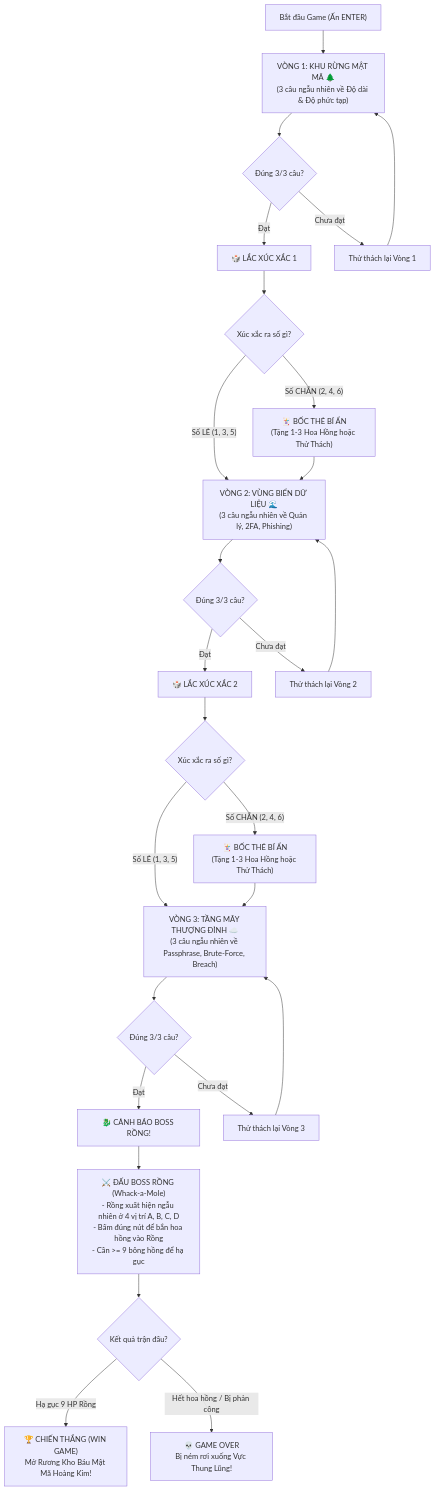
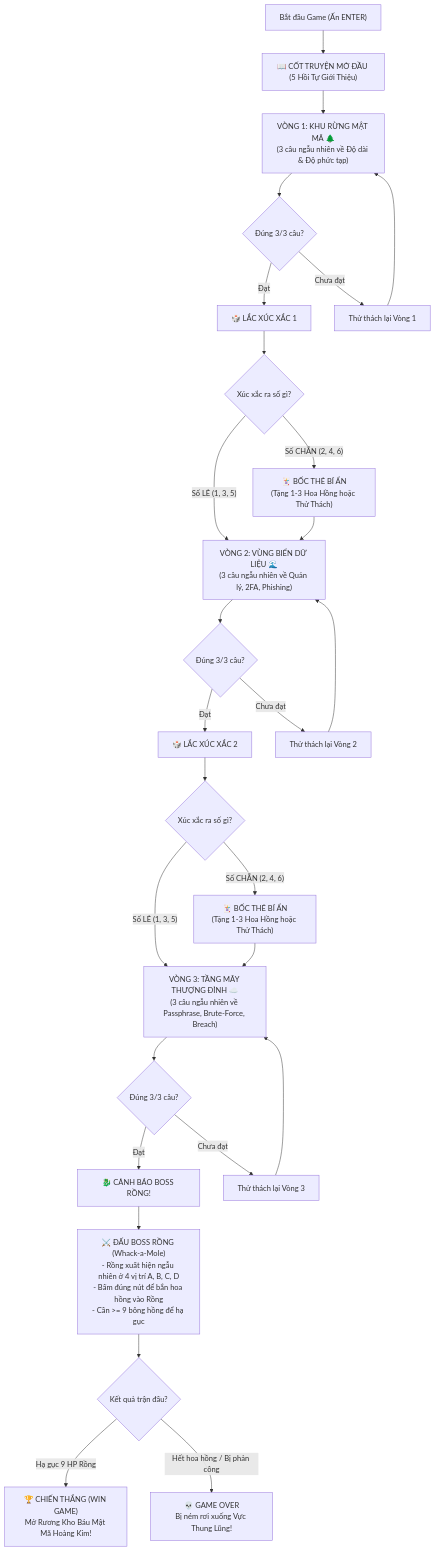
Before and after one commit to petertuananh/CyberSecGame: the diagram in README.md, drawn with Mermaid. The commit also changed other lines of this file and 8 other files, not shown here.

````diff
--- a/README.md
+++ b/README.md
@@ -21,36 +25,37 @@
 ```mermaid
 flowchart TD
-    Start["Bắt đầu Game (Ấn ENTER)"] --> S1["VÒNG 1: KHU RỪNG MẬT MÃ 🌲<br/>(3 câu ngẫu nhiên về Độ dài & Độ phức tạp)"]
+    Start["Bắt đầu Game (Ấn ENTER)"] --> Story["📖 CỐT TRUYỆN MỞ ĐẦU (5 Hồi Tự Giới Thiệu)"]
+    Story --> S1["VÒNG 1: KHU RỪNG MẬT MÃ 🌲<br/>(3 câu ngẫu nhiên về Độ dài & Độ phức tạp)"]
     S1 --> S1_Check{"Đúng 3/3 câu?"}
     S1_Check -- "Đạt" --> Dice1["🎲 LẮC XÚC XẮC 1"]
     S1_Check -- "Chưa đạt" --> S1_Retry["Thử thách lại Vòng 1"]
     S1_Retry --> S1
 
     Dice1 --> D1_Val{"Xúc xắc ra số gì?"}
     D1_Val -- "Số LẺ (1, 3, 5)" --> S2["Đi tiếp bình thường"]
     D1_Val -- "Số CHẴN (2, 4, 6)" --> Card1["🃏 BỐC THẺ BÍ ẨN<br/>(Tặng 1-3 Hoa Hồng hoặc Thử Thách)"]
     Card1 --> S2
 
     S2["VÒNG 2: VÙNG BIỂN DỮ LIỆU 🌊<br/>(3 câu ngẫu nhiên về Quản lý, 2FA, Phishing)"]
     S2 --> S2_Check{"Đúng 3/3 câu?"}
     S2_Check -- "Đạt" --> Dice2["🎲 LẮC XÚC XẮC 2"]
     S2_Check -- "Chưa đạt" --> S2_Retry["Thử thách lại Vòng 2"]
     S2_Retry --> S2
 
     Dice2 --> D2_Val{"Xúc xắc ra số gì?"}
     D2_Val -- "Số LẺ (1, 3, 5)" --> S3["Đi tiếp bình thường"]
     D2_Val -- "Số CHẴN (2, 4, 6)" --> Card2["🃏 BỐC THẺ BÍ ẨN<br/>(Tặng 1-3 Hoa Hồng hoặc Thử Thách)"]
     Card2 --> S3
 
     S3["VÒNG 3: TẦNG MÂY THƯỢNG ĐỈNH ☁️<br/>(3 câu ngẫu nhiên về Passphrase, Brute-Force, Breach)"]
     S3 --> S3_Check{"Đúng 3/3 câu?"}
     S3_Check -- "Đạt" --> BossIntro["🐉 CẢNH BÁO BOSS RỒNG!"]
     S3_Check -- "Chưa đạt" --> S3_Retry["Thử thách lại Vòng 3"]
     S3_Retry --> S3
 
     BossIntro --> BossBattle["⚔️ ĐẤU BOSS RỒNG (Whack-a-Mole)<br/>- Rồng xuất hiện ngẫu nhiên ở 4 vị trí A, B, C, D<br/>- Bấm đúng nút để bắn hoa hồng vào Rồng<br/>- Cần >= 9 bông hồng để hạ gục"]
 
     BossBattle --> BossResult{"Kết quả trận đấu?"}
     BossResult -- "Hạ gục 9 HP Rồng" --> Win["🏆 CHIẾN THẮNG (WIN GAME)<br/>Mở Rương Kho Báu Mật Mã Hoàng Kim!"]
     BossResult -- "Hết hoa hồng / Bị phản công" --> Lose["💀 GAME OVER<br/>Bị ném rơi xuống Vực Thung Lũng!"]
 ```
````
